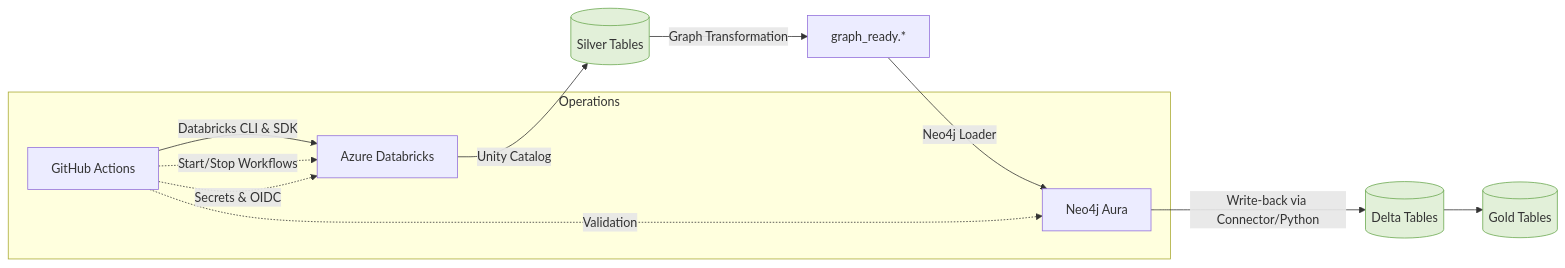
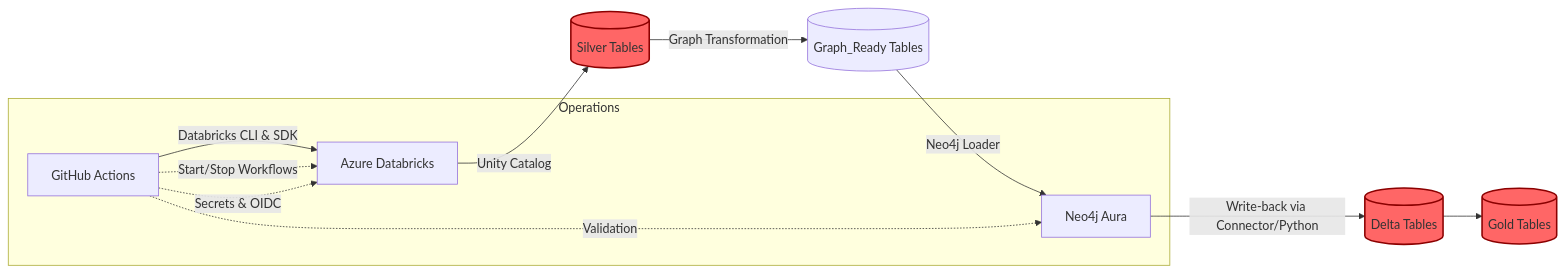
Before and after one commit to joy-neo4j/neo4j-databricks-azure-pipeline: the diagram in README.md, drawn with Mermaid.

````diff
--- a/README.md
+++ b/README.md
@@ -45,18 +45,18 @@
 ```mermaid
 flowchart LR
   GH[GitHub Actions] -->|Databricks CLI & SDK| DBX[Azure Databricks]
   DBX -->|Unity Catalog| Silver[(Silver Tables)]
-  Silver -->|Graph Transformation| GR[graph_ready.*]
+  Silver -->|Graph Transformation| GR[(Graph_Ready Tables)]
   GR -->|Neo4j Loader| NEO4J[Neo4j Aura]
   NEO4J -->|Write-back via Connector/Python| Delta[(Delta Tables)]
   Delta --> Gold[(Gold Tables)]
 
   subgraph Operations
     GH -.->|Start/Stop Workflows| DBX
     GH -.->|Secrets & OIDC| DBX
     GH -.->|Validation| NEO4J
   end
 
-  classDef store fill:#e2f0d9,stroke:#6aa84f,stroke-width:1px;
-  class Silver,Delta,Gold store
+  classDef store fill:#ff6666,stroke:#8b0000,stroke-width:2px;
+  class Silver,Delta,Graph_Ready,Gold store
 ```
````
